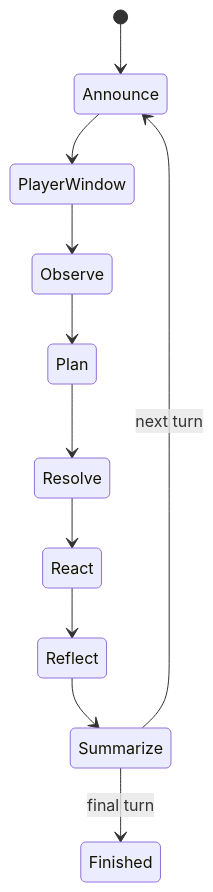
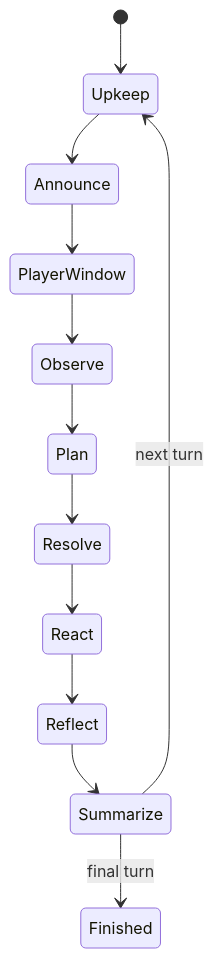
Before and after one commit to phead198708/ahsarah-survive-game: the second of 3 diagrams in docs/architecture/initial-architecture.md, drawn with Mermaid. The commit also changed other lines of this file, not shown here.

Commit message:
Extend architecture for survival production

````diff
--- a/docs/architecture/initial-architecture.md
+++ b/docs/architecture/initial-architecture.md
@@ -333,13 +409,14 @@
 ```mermaid
 stateDiagram-v2
-    [*] --> Announce
+    [*] --> Upkeep
+    Upkeep --> Announce
     Announce --> PlayerWindow
     PlayerWindow --> Observe
     Observe --> Plan
     Plan --> Resolve
     Resolve --> React
     React --> Reflect
     Reflect --> Summarize
-    Summarize --> Announce: next turn
+    Summarize --> Upkeep: next turn
     Summarize --> Finished: final turn
 ```
````
